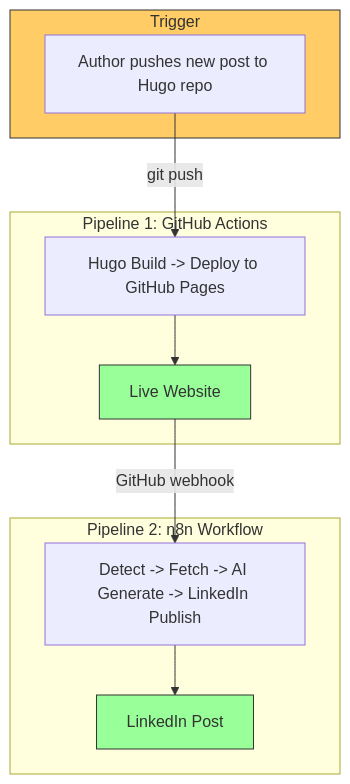
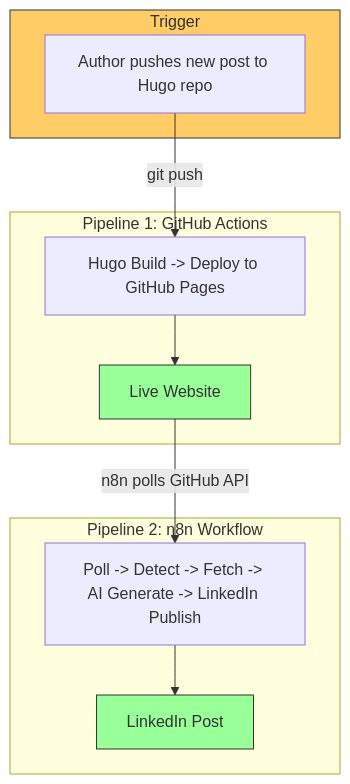
Before and after one commit to thatsmeadarsh/n8n-powered-auto-web-publish: the diagram in README.md, drawn with Mermaid. The commit also changed other lines of this file and 4 other files, not shown here.

````diff
--- a/README.md
+++ b/README.md
@@ -11,23 +11,23 @@
 ```mermaid
 graph TB
     subgraph Event["Trigger"]
         A["Author pushes new post to Hugo repo"]
     end
 
     subgraph Pipeline1["Pipeline 1: GitHub Actions"]
         C["Hugo Build -> Deploy to GitHub Pages"]
         D["Live Website"]
     end
 
     subgraph Pipeline2["Pipeline 2: n8n Workflow"]
-        E["Detect -> Fetch -> AI Generate -> LinkedIn Publish"]
+        E["Poll -> Detect -> Fetch -> AI Generate -> LinkedIn Publish"]
         F["LinkedIn Post"]
     end
 
     A -->|"git push"| C --> D
-    D -->|"GitHub webhook"| E --> F
+    D -->|"n8n polls GitHub API"| E --> F
 
     style Event fill:#ffcc66,stroke:#333
     style D fill:#99ff99,stroke:#333
     style F fill:#99ff99,stroke:#333
 ```
````
